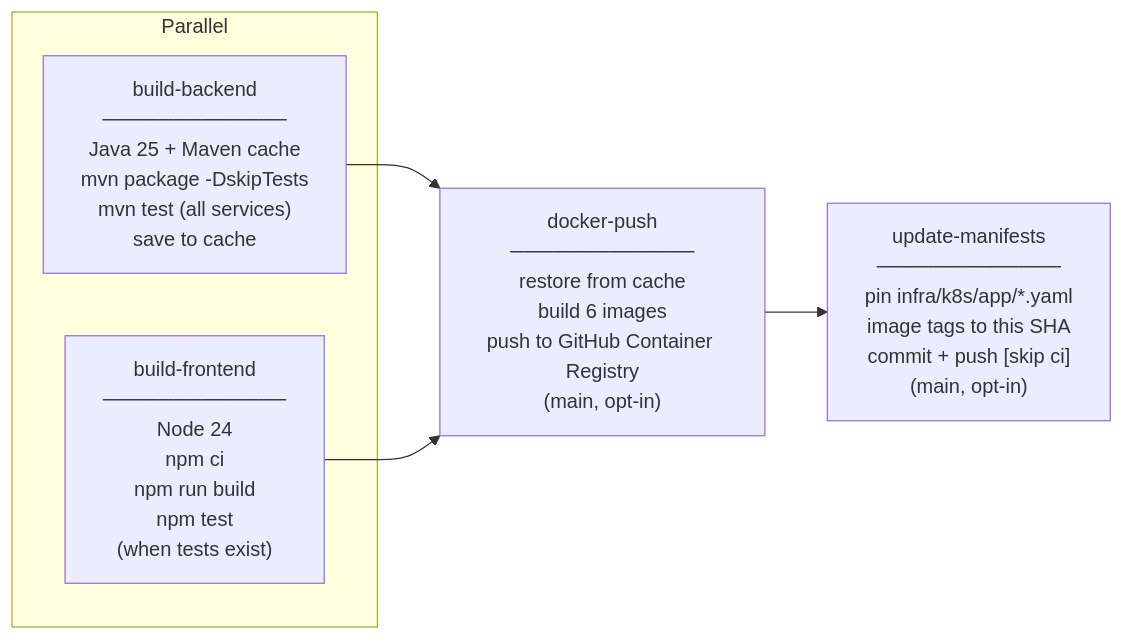
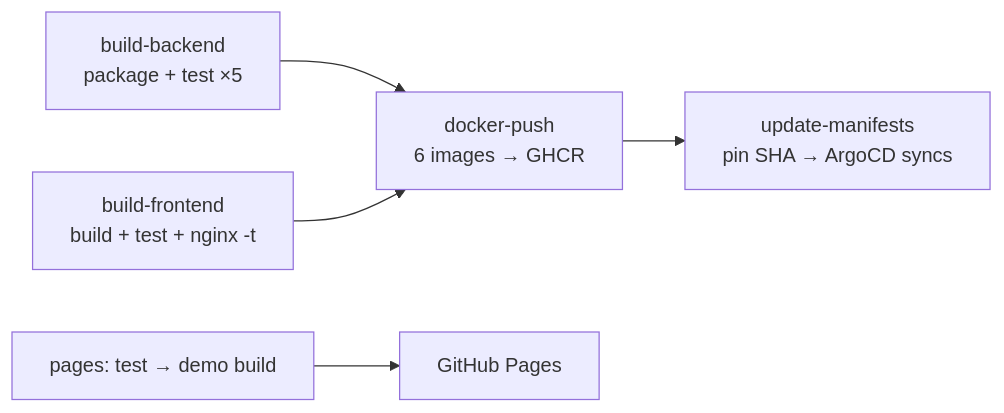
One commit to Vkartik-3/Angular-Java changed the third of 3 diagrams in README.md. Above: the diagram before and after it, drawn with Mermaid. The commit also changed other lines of this file and 107 other files, not shown here.

First line of the commit message:
Rebrand to Groove, redesign UI, add GitHub Pages demo, harden for production

````diff
--- a/README.md
+++ b/README.md
@@ -487,15 +471,7 @@
 ```mermaid
 graph LR
-    subgraph parallel["Parallel"]
-        B["build-backend<br/>─────────────<br/>Java 25 + Maven cache<br/>mvn package -DskipTests<br/>mvn test (all services)<br/>save to cache"]
-        F["build-frontend<br/>─────────────<br/>Node 24<br/>npm ci<br/>npm run build<br/>npm test<br/>(when tests exist)"]
-    end
-
-    D["docker-push<br/>─────────────<br/>restore from cache<br/>build 6 images<br/>push to GitHub Container Registry<br/>(main, opt-in)"]
-
-    U["update-manifests<br/>─────────────<br/>pin infra/k8s/app/*.yaml<br/>image tags to this SHA<br/>commit + push [skip ci]<br/>(main, opt-in)"]
-
-    B --> D
-    F --> D
-    D --> U
+    B[build-backend<br/>package + test ×5] --> D
+    F[build-frontend<br/>build + test + nginx -t] --> D
+    D[docker-push<br/>6 images → GHCR] --> U[update-manifests<br/>pin SHA → ArgoCD syncs]
+    P[pages: test → demo build] --> G[GitHub Pages]
 ```
````
